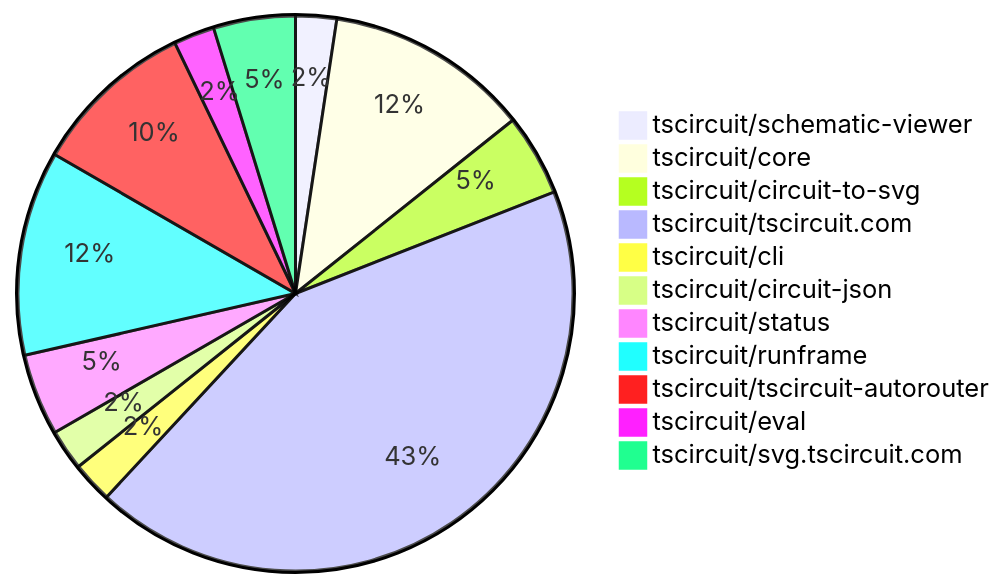
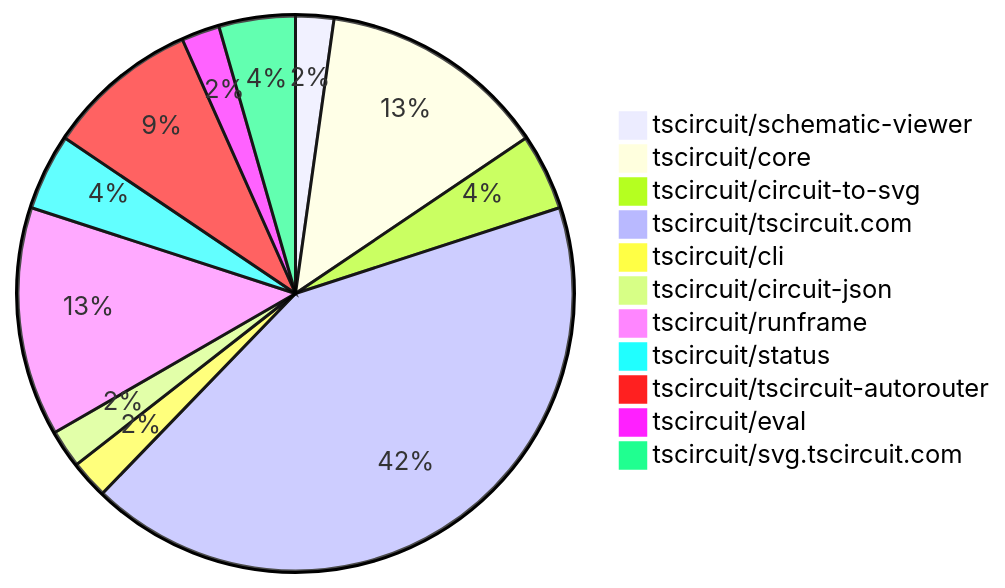
The diagram in README.md (tscircuit/contribution-tracker), drawn with Mermaid before and after one commit. The commit also changed other lines of this file and 3 other files, not shown here.

````diff
--- a/README.md
+++ b/README.md
@@ -24,14 +24,14 @@
 ```mermaid
 pie
     "tscircuit/schematic-viewer" : 1
-    "tscircuit/core" : 5
+    "tscircuit/core" : 6
     "tscircuit/circuit-to-svg" : 2
-    "tscircuit/tscircuit.com" : 18
+    "tscircuit/tscircuit.com" : 19
     "tscircuit/cli" : 1
     "tscircuit/circuit-json" : 1
+    "tscircuit/runframe" : 6
     "tscircuit/status" : 2
-    "tscircuit/runframe" : 5
     "tscircuit/tscircuit-autorouter" : 4
     "tscircuit/eval" : 1
     "tscircuit/svg.tscircuit.com" : 2
 ```
````
